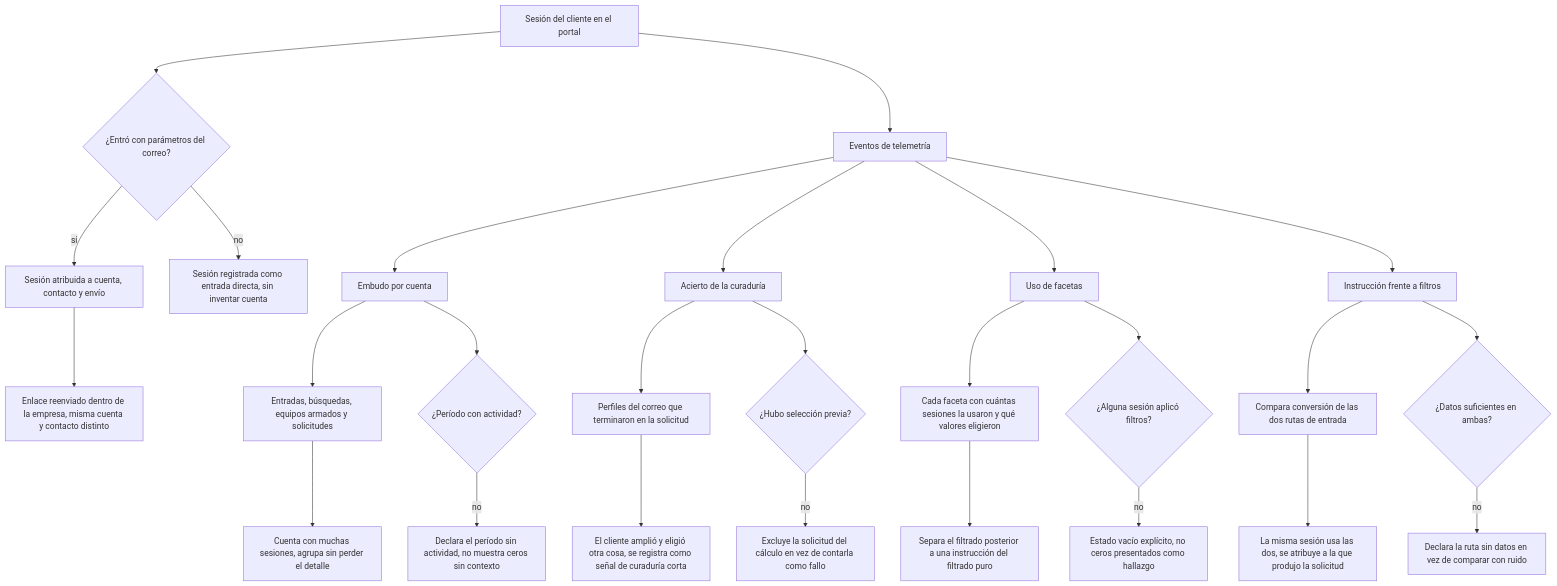
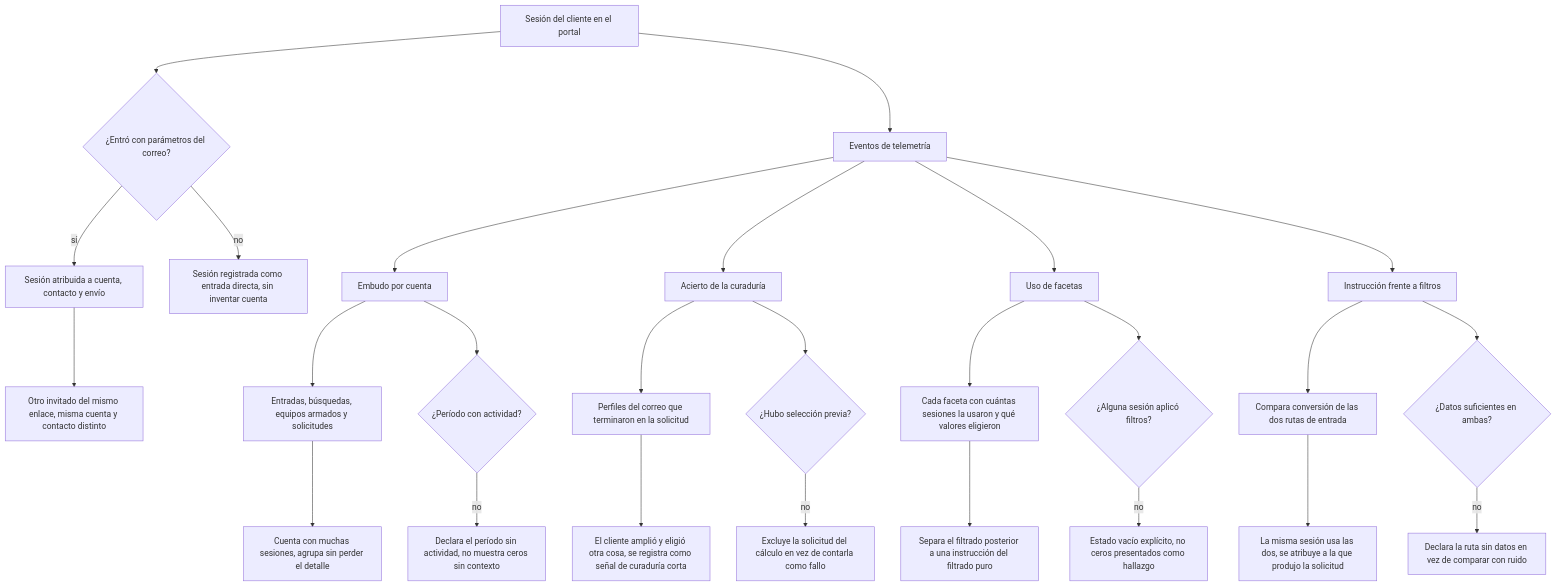
The diagram in docs/06-flows/EP-008-telemetria-y-medicion.md (JesusSeguraCO/ps-app-neural), drawn with Mermaid before and after one commit. The commit also changed other lines of this file and 98 other files, not shown here.

````diff
--- a/docs/06-flows/EP-008-telemetria-y-medicion.md
+++ b/docs/06-flows/EP-008-telemetria-y-medicion.md
@@ -15,54 +15,54 @@
 ```mermaid
 flowchart TD
   Sesion[Sesión del cliente en el portal] --> Eventos[Eventos de telemetría]
 
   %% HU-112
   Sesion --> Atrib{¿Entró con parámetros del correo?}
   %% HU-112
   Atrib -- sí --> AtribOK[Sesión atribuida a cuenta, contacto y envío]
   %% HU-112
   Atrib -- no --> AtribNo[Sesión registrada como entrada directa, sin inventar cuenta]
   %% HU-112
-  AtribOK --> Reenvio[Enlace reenviado dentro de la empresa, misma cuenta y contacto distinto]
+  AtribOK --> Reenvio[Otro invitado del mismo enlace, misma cuenta y contacto distinto]
 
   Eventos --> Embudo
   Eventos --> Acierto
   Eventos --> Demanda
   Eventos --> Rutas
 
   %% HU-108
   Embudo[Embudo por cuenta] --> EmbudoOK[Entradas, búsquedas, equipos armados y solicitudes]
   %% HU-108
   Embudo --> EmbudoVacio{¿Período con actividad?}
   %% HU-108
   EmbudoVacio -- no --> EmbudoCero[Declara el período sin actividad, no muestra ceros sin contexto]
   %% HU-108
   EmbudoOK --> EmbudoMuchas[Cuenta con muchas sesiones, agrupa sin perder el detalle]
 
   %% HU-109
   Acierto[Acierto de la curaduría] --> AciertoOK[Perfiles del correo que terminaron en la solicitud]
   %% HU-109
   Acierto --> AciertoSin{¿Hubo selección previa?}
   %% HU-109
   AciertoSin -- no --> AciertoNA[Excluye la solicitud del cálculo en vez de contarla como fallo]
   %% HU-109
   AciertoOK --> AciertoAmplio[El cliente amplió y eligió otra cosa, se registra como señal de curaduría corta]
 
   %% HU-110
   Demanda[Uso de facetas] --> DemandaOK[Cada faceta con cuántas sesiones la usaron y qué valores eligieron]
   %% HU-110
   Demanda --> DemandaVacio{¿Alguna sesión aplicó filtros?}
   %% HU-110
   DemandaVacio -- no --> DemandaCero[Estado vacío explícito, no ceros presentados como hallazgo]
   %% HU-110
   DemandaOK --> DemandaInducida[Separa el filtrado posterior a una instrucción del filtrado puro]
 
   %% HU-111
   Rutas[Instrucción frente a filtros] --> RutasOK[Compara conversión de las dos rutas de entrada]
   %% HU-111
   Rutas --> RutasPocos{¿Datos suficientes en ambas?}
   %% HU-111
   RutasPocos -- no --> RutasNA[Declara la ruta sin datos en vez de comparar con ruido]
   %% HU-111
   RutasOK --> RutasMixta[La misma sesión usa las dos, se atribuye a la que produjo la solicitud]
 ```
````
